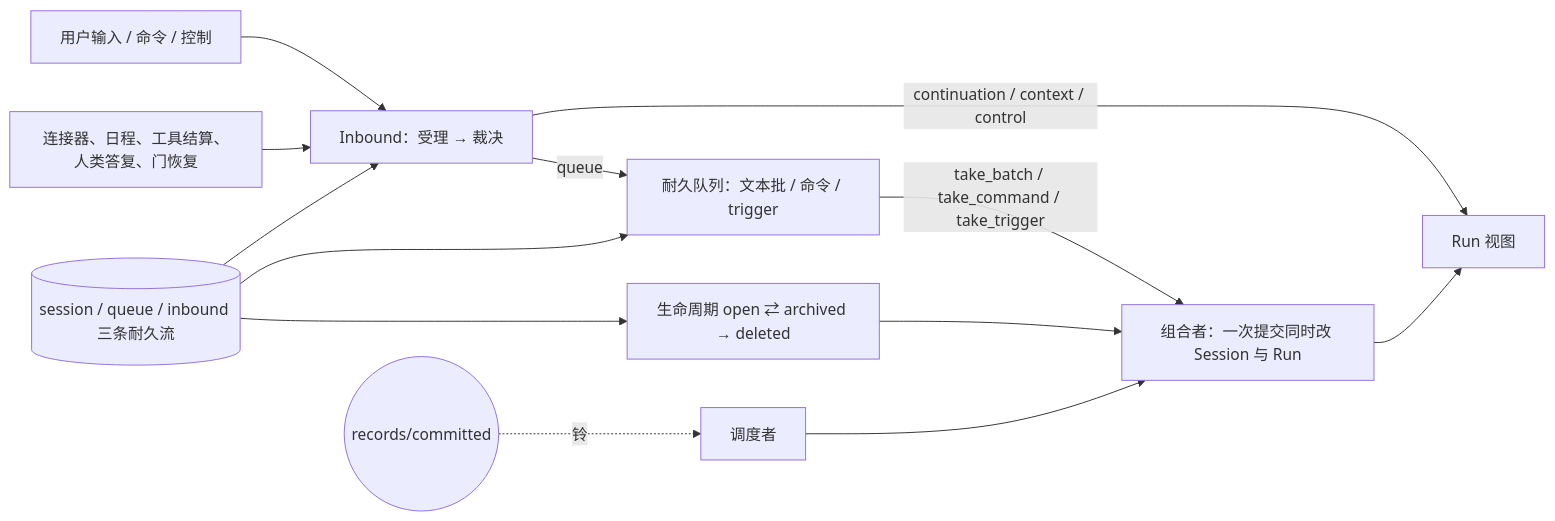
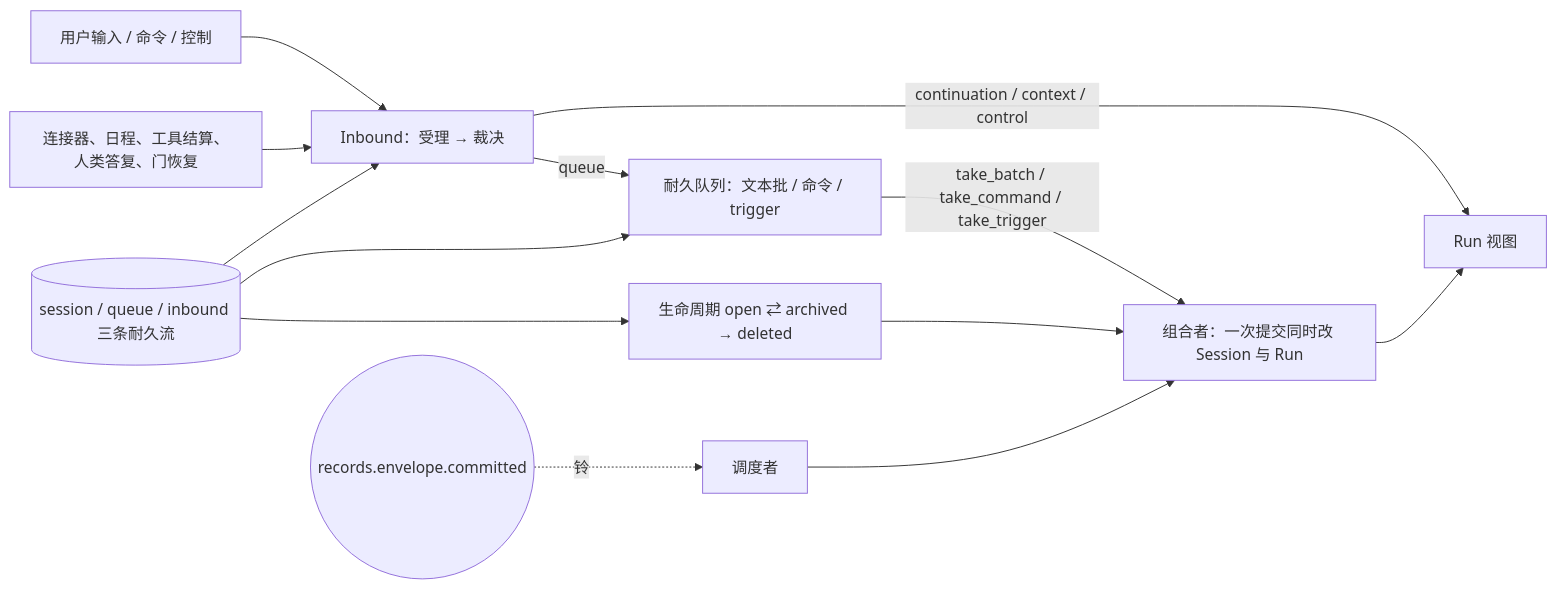
One commit to nemori-ai/omne-harness-lite changed the diagram in docs/architecture/session.md. Above: the diagram before and after it, drawn with Mermaid. The commit also changed 9 other files, not shown here.

````diff
--- a/docs/architecture/session.md
+++ b/docs/architecture/session.md
@@ -13,15 +13,15 @@
 ```mermaid
 flowchart LR
     U[用户输入 / 命令 / 控制] --> IN[Inbound：受理 → 裁决]
     X[连接器、日程、工具结算、人类答复、门恢复] --> IN
     IN -- queue --> Q[耐久队列：文本批 / 命令 / trigger]
     IN -- continuation / context / control --> RUNV[Run 视图]
     Q -- take_batch / take_command / take_trigger --> COMP[组合者：一次提交同时改 Session 与 Run]
     COMP --> RUNV
     LIFE[生命周期 open ⇄ archived → deleted] --> COMP
     F[(session / queue / inbound 三条耐久流)] --> IN
     F --> Q
     F --> LIFE
-    BUS((records/committed)) -. 铃 .-> SCH[调度者]
+    BUS((records.envelope.committed)) -. 铃 .-> SCH[调度者]
     SCH --> COMP
 ```
````
